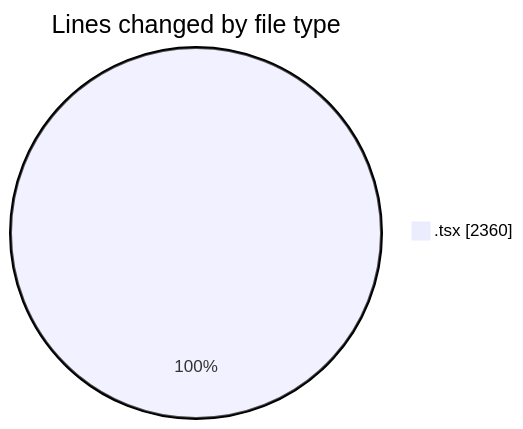
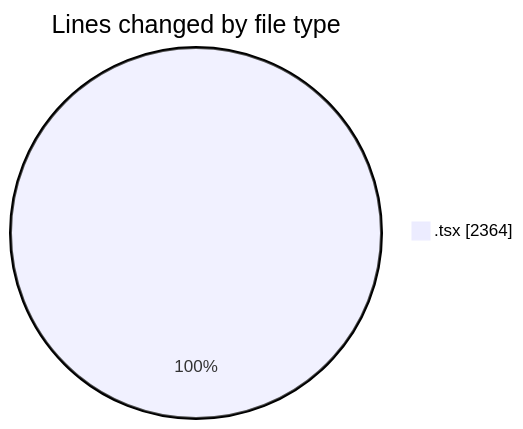
The first of 2 diagrams in 2026-02-09/nxtqube_webapp/README.md (nxtqubesakshisongat/code-tracking), drawn with Mermaid before and after one commit. The commit also changed other lines of this file and 1 other file, not shown here.

````diff
--- a/2026-02-09/nxtqube_webapp/README.md
+++ b/2026-02-09/nxtqube_webapp/README.md
@@ -22,5 +22,5 @@
 ```mermaid
 pie showData
 title Lines changed by file type
-".tsx" : 2360
+".tsx" : 2364
 ```
````
